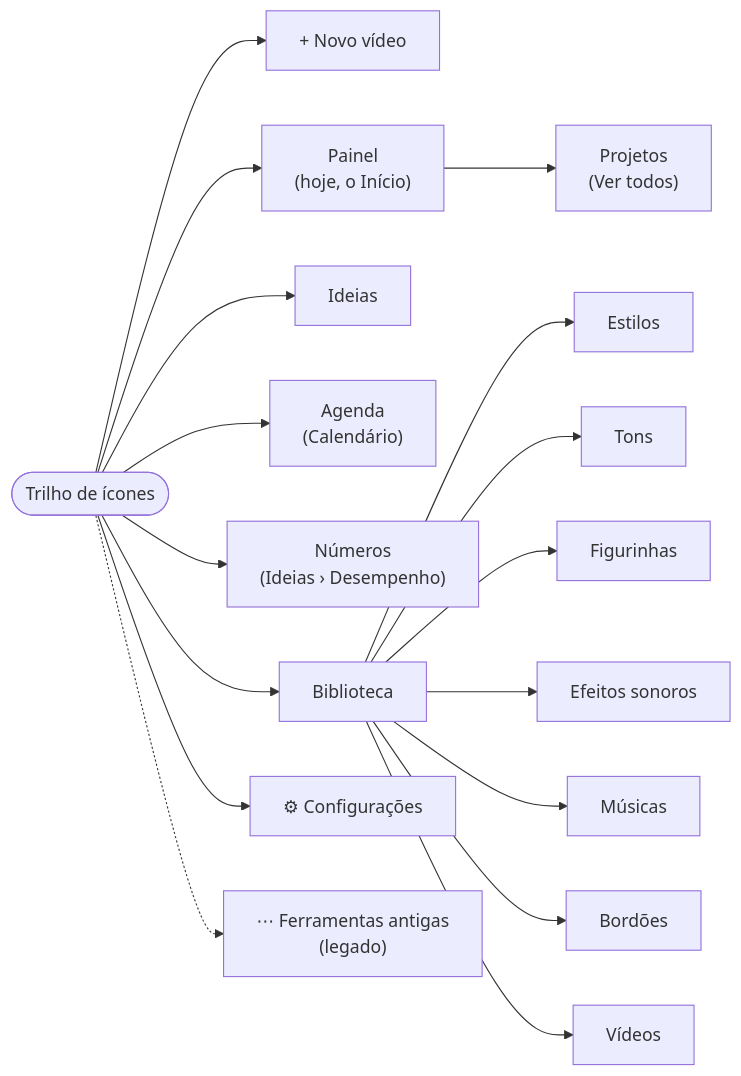
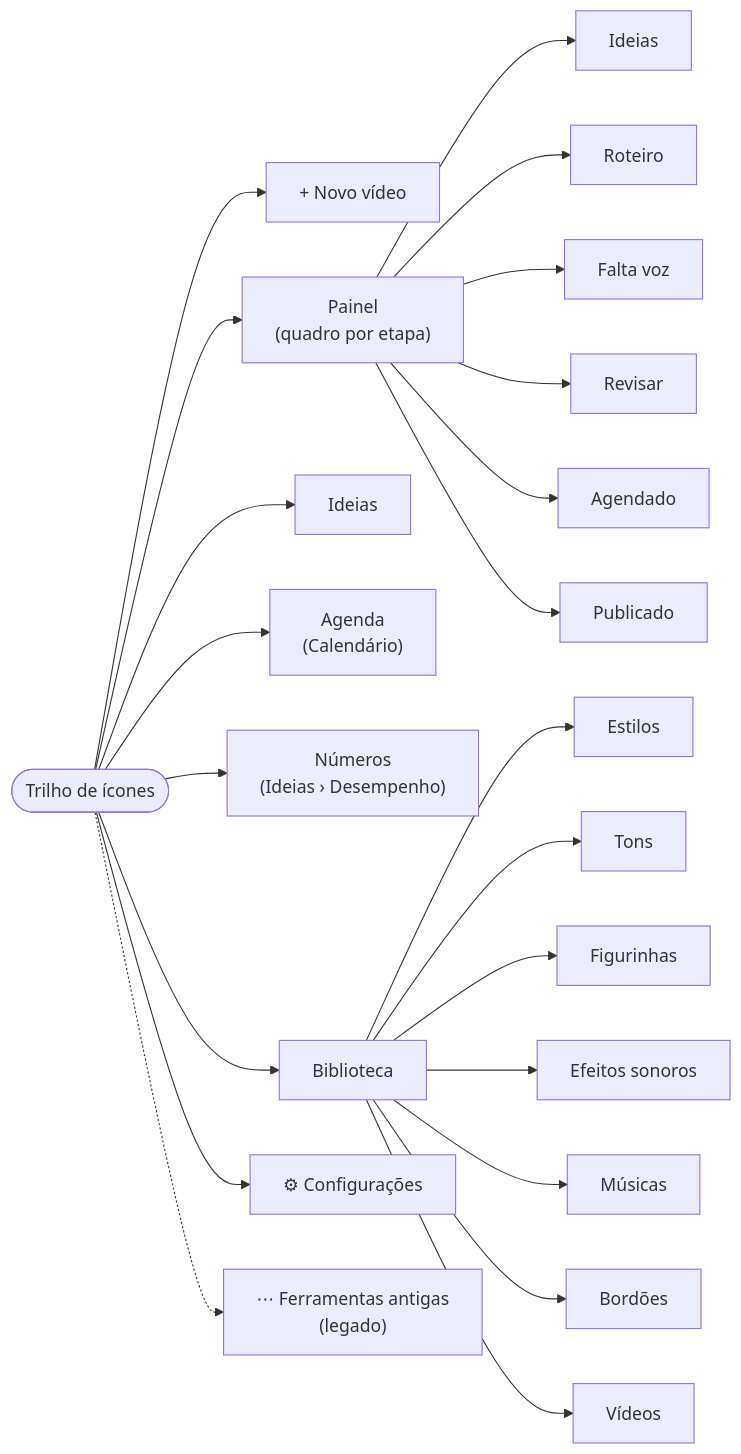
The diagram in docs/diagramas/03-outras-telas.mmd (Edugiyuu/InstaSearch), drawn with Mermaid before and after one commit. The commit also changed 14 other files, not shown here.

First line of the commit message:
feat: Painel, um quadro por etapa no lugar do Início e dos Projetos (ADR 0038)

```diff
--- a/docs/diagramas/03-outras-telas.mmd
+++ b/docs/diagramas/03-outras-telas.mmd
@@ -1,11 +1,11 @@
 flowchart LR
     MENU(["Trilho de ícones"]) --> NOVO["+ Novo vídeo"]
-    MENU --> HOME["Painel<br/>(hoje, o Início)"]
+    MENU --> PAINEL["Painel<br/>(quadro por etapa)"]
     MENU --> IDEIAS["Ideias"]
     MENU --> CAL["Agenda<br/>(Calendário)"]
     MENU --> NUM["Números<br/>(Ideias › Desempenho)"]
     MENU --> BIB["Biblioteca"]
     MENU --> CFG["⚙ Configurações"]
     MENU -.-> OLD["⋯ Ferramentas antigas<br/>(legado)"]
-    HOME --> PROJ["Projetos<br/>(Ver todos)"]
+    PAINEL --> C1["Ideias"] & C2["Roteiro"] & C3["Falta voz"] & C4["Revisar"] & C5["Agendado"] & C6["Publicado"]
     BIB --> EST["Estilos"] & B7["Tons"] & B3["Figurinhas"] & B4["Efeitos sonoros"] & B5["Músicas"] & B6["Bordões"] & B2["Vídeos"]
```
